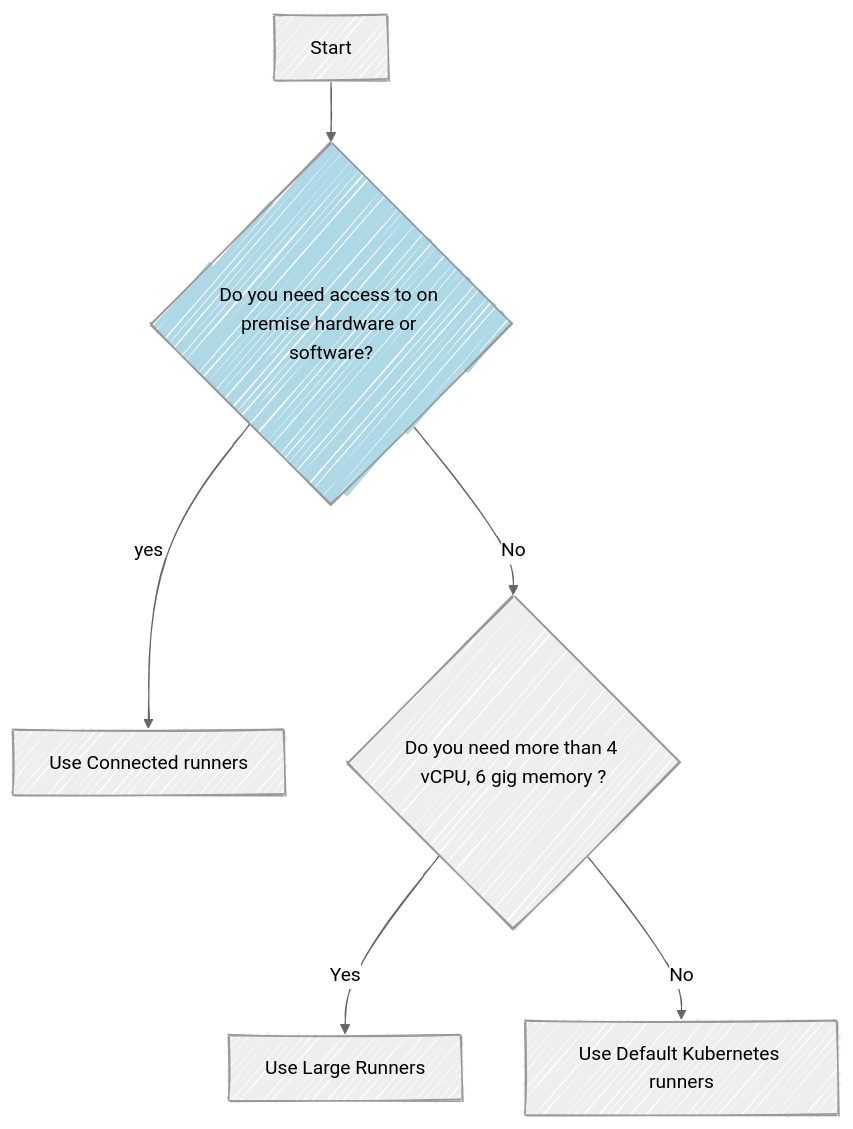
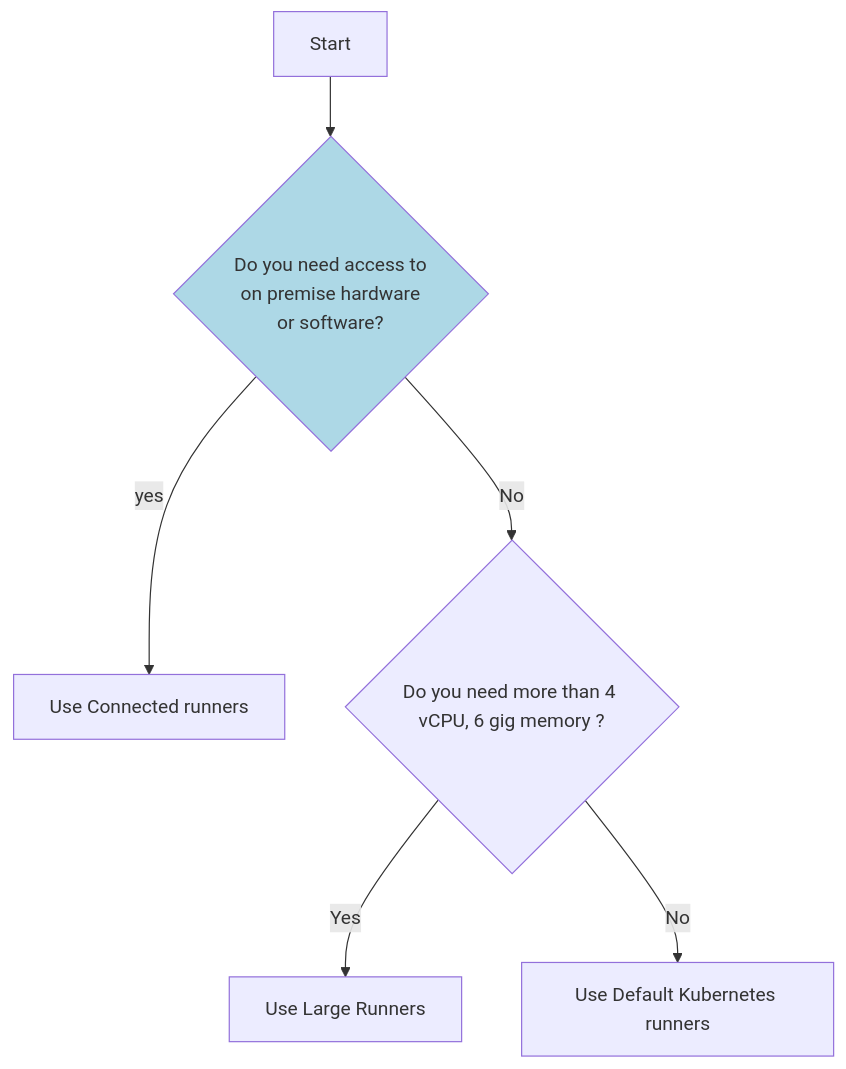
The diagram in docs/githut-EMU-runners-hyperlink.md (AjayPi/ajaypi.github.io), drawn with Mermaid before and after one commit.

````diff
--- a/docs/githut-EMU-runners-hyperlink.md
+++ b/docs/githut-EMU-runners-hyperlink.md
@@ -23,16 +23,14 @@
-<pre class="mermaid">
-    ---
-config:
-  look: handDrawn
-  theme: neutral
-    ---
+```mermaid
+
 flowchart TD
-    A[Start] --> B{Do you need access to on premise hardware or software?<a href="http://google.com">};
+    A[Start] --> B{Do you need access to
+on premise hardware
+or software?<a href="http://google.com">};
     B --> |yes| C[Use Connected runners];
     B -->|No| D{Do you need more than 4 vCPU, 6 gig memory ?};
     D -->|Yes| E[Use Large Runners];
     D --> |No| F[Use Default Kubernetes runners];
     click B "http://www.github.com"
     class B Blue;
     classDef Blue fill:lightblue;
-</pre>
+```
````
